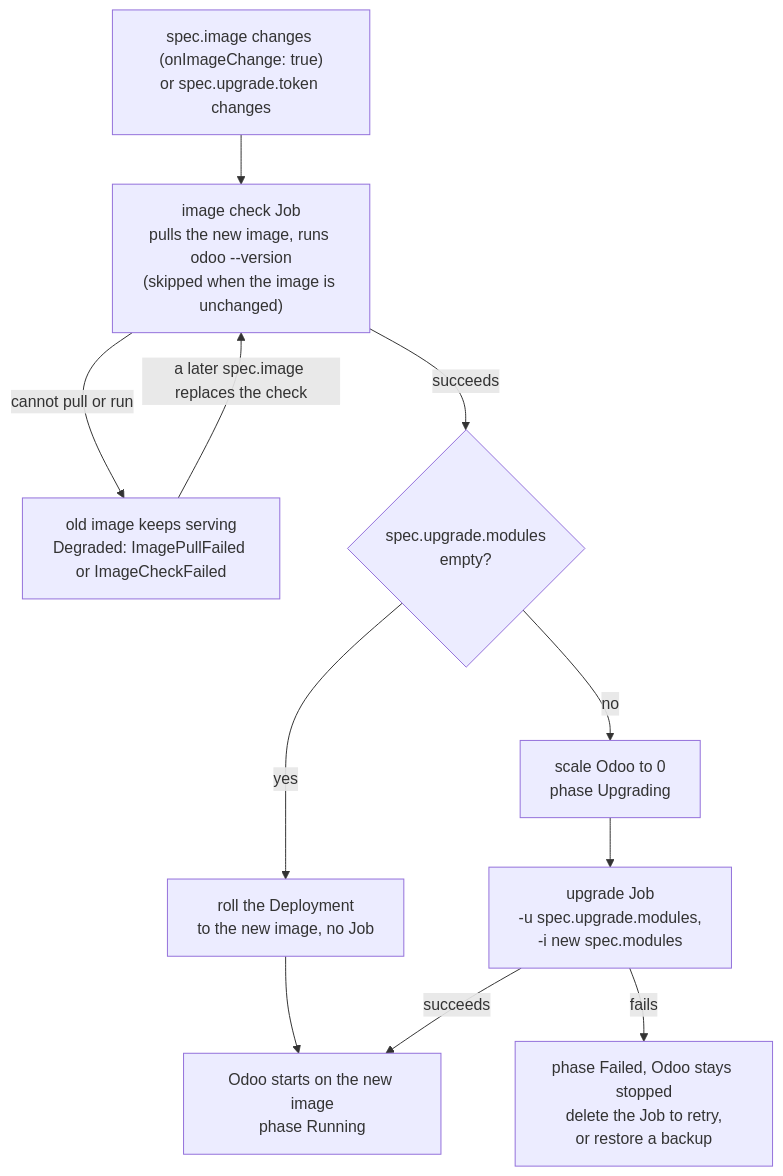
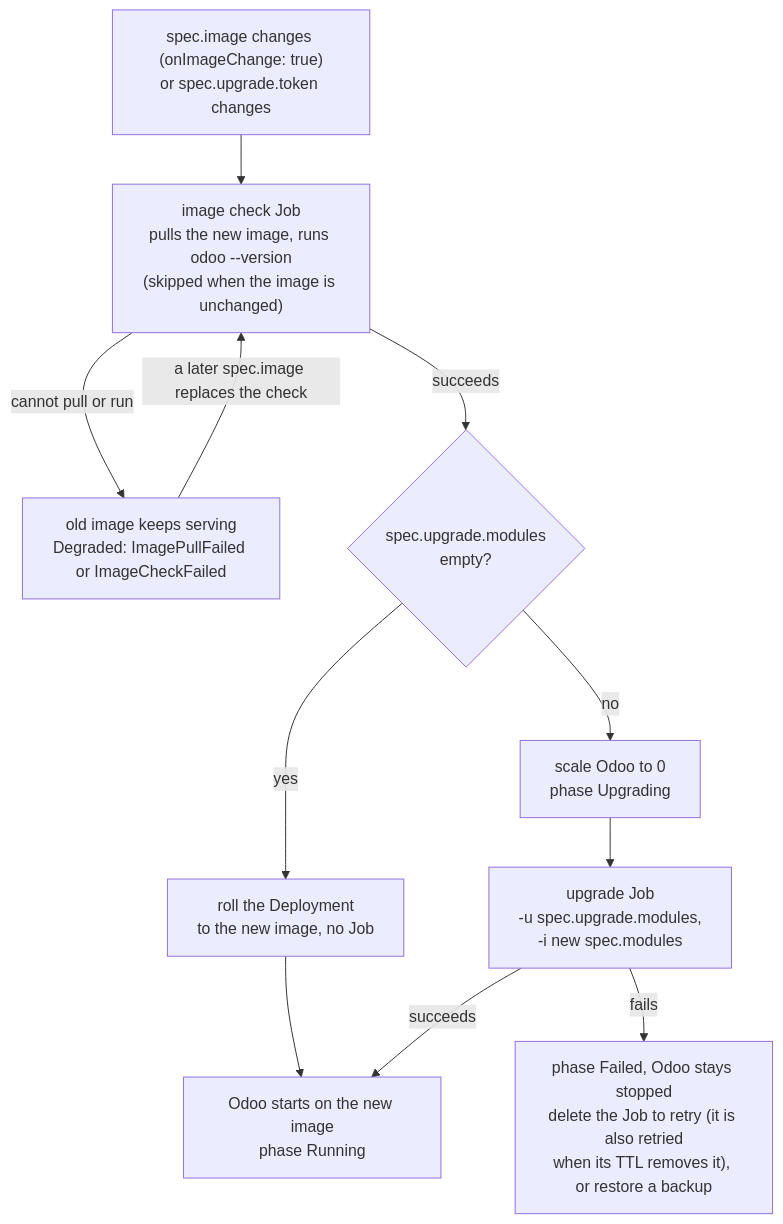
Before and after one commit to MohanadAbugharbia/odoo-operator: the diagram in docs/guides/upgrades.md, drawn with Mermaid. The commit also changed other lines of this file and 13 other files, not shown here.

````diff
--- a/docs/guides/upgrades.md
+++ b/docs/guides/upgrades.md
@@ -5,21 +5,21 @@
 ```mermaid
 flowchart TD
   trigger["spec.image changes (onImageChange: true)<br/>or spec.upgrade.token changes"]
   check["image check Job<br/>pulls the new image, runs odoo --version<br/>(skipped when the image is unchanged)"]
   old["old image keeps serving<br/>Degraded: ImagePullFailed or ImageCheckFailed"]
   modules{"spec.upgrade.modules<br/>empty?"}
   roll["roll the Deployment<br/>to the new image, no Job"]
   stop["scale Odoo to 0<br/>phase Upgrading"]
   job["upgrade Job<br/>-u spec.upgrade.modules,<br/>-i new spec.modules"]
   running["Odoo starts on the new image<br/>phase Running"]
-  failed["phase Failed, Odoo stays stopped<br/>delete the Job to retry,<br/>or restore a backup"]
+  failed["phase Failed, Odoo stays stopped<br/>delete the Job to retry (it is also retried<br/>when its TTL removes it), or restore a backup"]
 
   trigger --> check
   check -- "cannot pull or run" --> old
   old -- "a later spec.image replaces the check" --> check
   check -- "succeeds" --> modules
   modules -- yes --> roll --> running
   modules -- no --> stop --> job
   job -- succeeds --> running
   job -- fails --> failed
 ```
````
